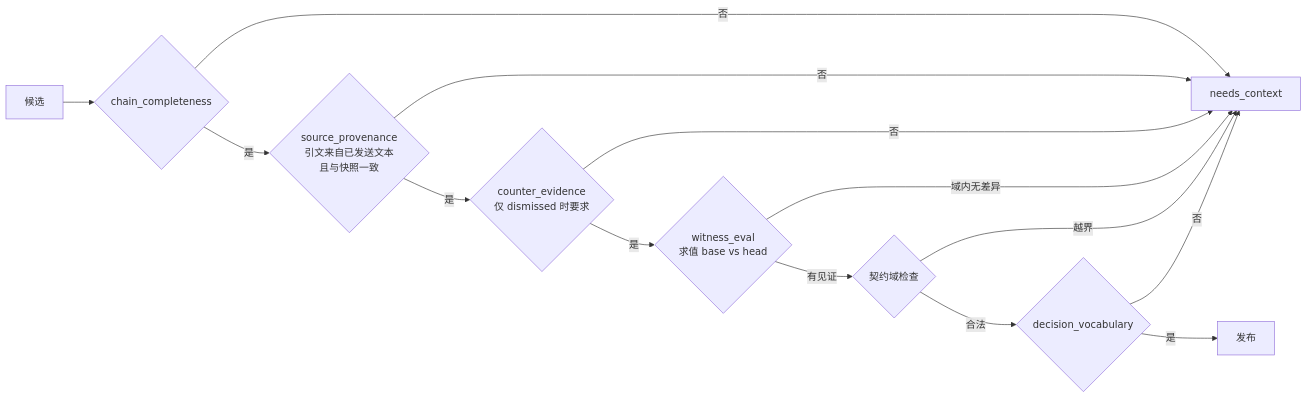
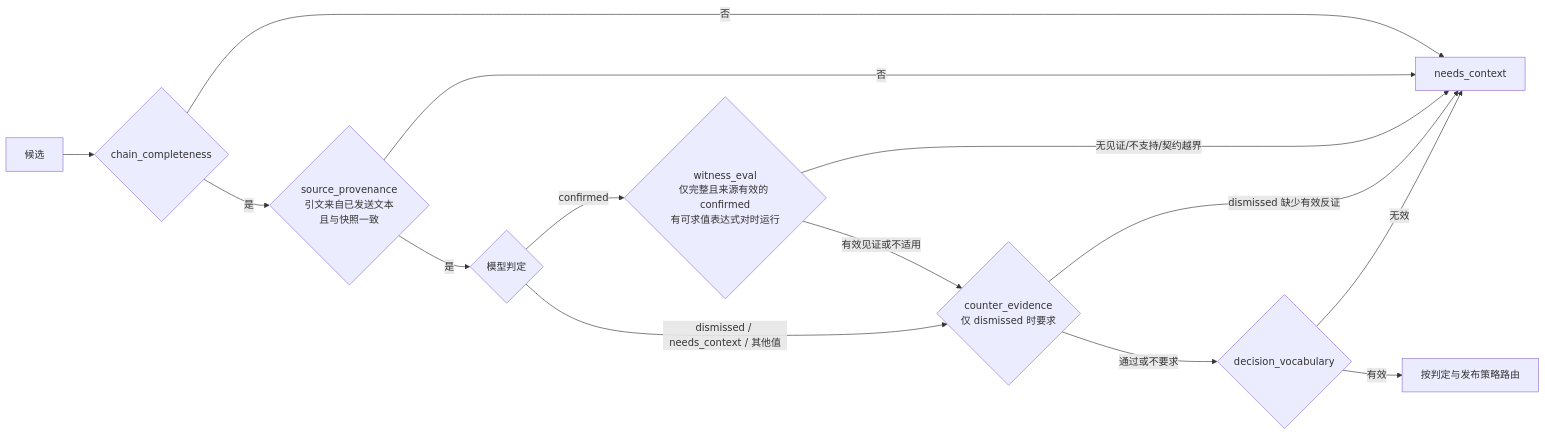
One commit to HelicasECoode42/ai-pr-review changed the third of 6 diagrams in docs/DFD-STD.md. Above: the diagram before and after it, drawn with Mermaid. The commit also changed other lines of this file and 30 other files, not shown here.

First line of the commit message:
docs(eval): record evidence funnel, data contract and offline runs

````diff
--- a/docs/DFD-STD.md
+++ b/docs/DFD-STD.md
@@ -66,16 +66,16 @@
 ```mermaid
 flowchart LR
     C[候选] --> F1{chain_completeness}
     F1 -- 否 --> X[needs_context]
     F1 -- 是 --> F2{source_provenance<br/>引文来自已发送文本<br/>且与快照一致}
     F2 -- 否 --> X
-    F2 -- 是 --> F3{counter_evidence<br/>仅 dismissed 时要求}
-    F3 -- 否 --> X
-    F3 -- 是 --> F4{witness_eval<br/>求值 base vs head}
-    F4 -- 域内无差异 --> X
-    F4 -- 有见证 --> F5{契约域检查}
-    F5 -- 越界 --> X
-    F5 -- 合法 --> F6{decision_vocabulary}
-    F6 -- 是 --> P[发布]
-    F6 -- 否 --> X
+    F2 -- 是 --> D{模型判定}
+    D -- confirmed --> F3{witness_eval<br/>仅完整且来源有效的 confirmed<br/>有可求值表达式对时运行}
+    F3 -- 无见证/不支持/契约越界 --> X
+    F3 -- 有效见证或不适用 --> F4{counter_evidence<br/>仅 dismissed 时要求}
+    D -- dismissed / needs_context / 其他值 --> F4
+    F4 -- dismissed 缺少有效反证 --> X
+    F4 -- 通过或不要求 --> F5{decision_vocabulary}
+    F5 -- 有效 --> R[按判定与发布策略路由]
+    F5 -- 无效 --> X
 ```
````
